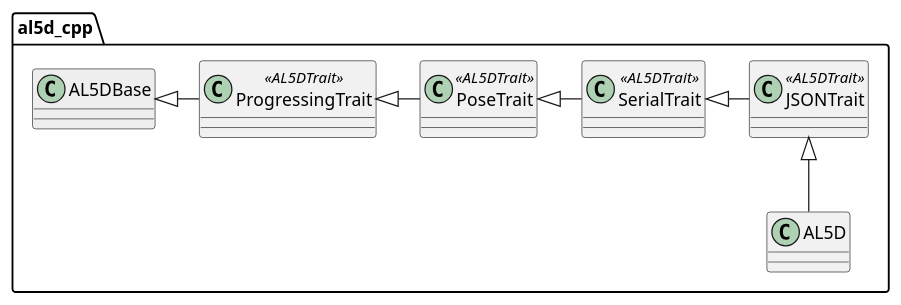
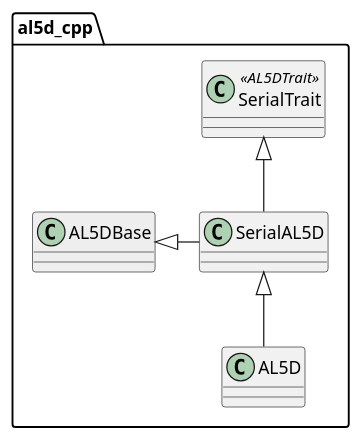
The diagram in doc/class_design_base_default.puml (bscp/al5d_cpp), drawn with PlantUML before and after one commit. The commit also changed 8 other files, not shown here.

Commit message:
Update UML diagrams

```diff
--- a/doc/class_design_base_default.puml
+++ b/doc/class_design_base_default.puml
@@ -1,18 +1,13 @@
 @startuml
 
 namespace al5d_cpp {
     class AL5DBase #eee
     
-    class JSONTrait<<AL5DTrait>>
-    class PoseTrait<<AL5DTrait>>
-    class ProgressingTrait<<AL5DTrait>>
     class SerialTrait<<AL5DTrait>>
 
-    AL5DBase <|- ProgressingTrait
-    ProgressingTrait <|- PoseTrait
-    PoseTrait <|- SerialTrait
-    SerialTrait <|- JSONTrait
-    JSONTrait <|-- AL5D
+    SerialTrait <|-- SerialAL5D
+    AL5DBase <|- SerialAL5D
+    SerialAL5D <|-- AL5D
 }
 
 @enduml
```
